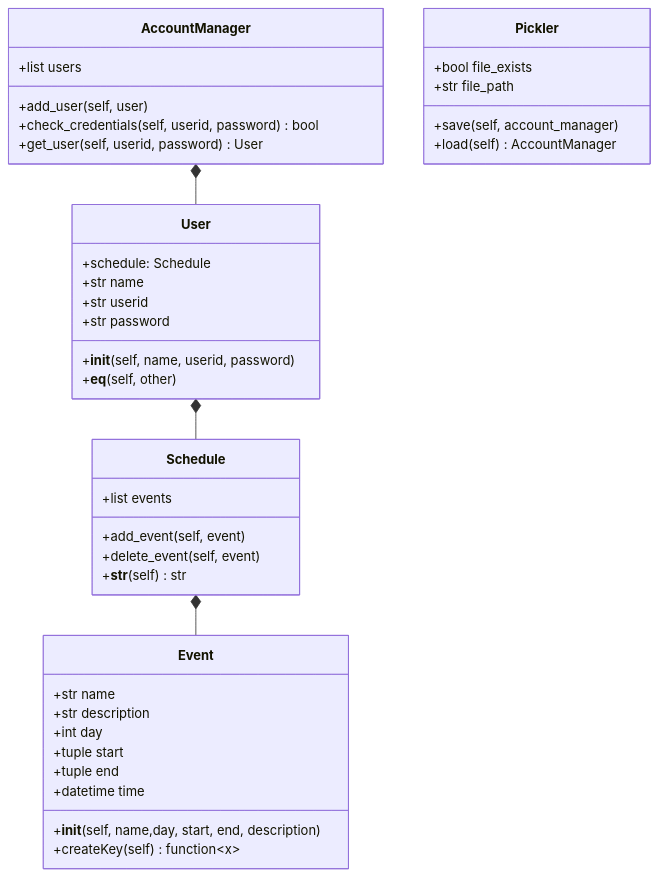
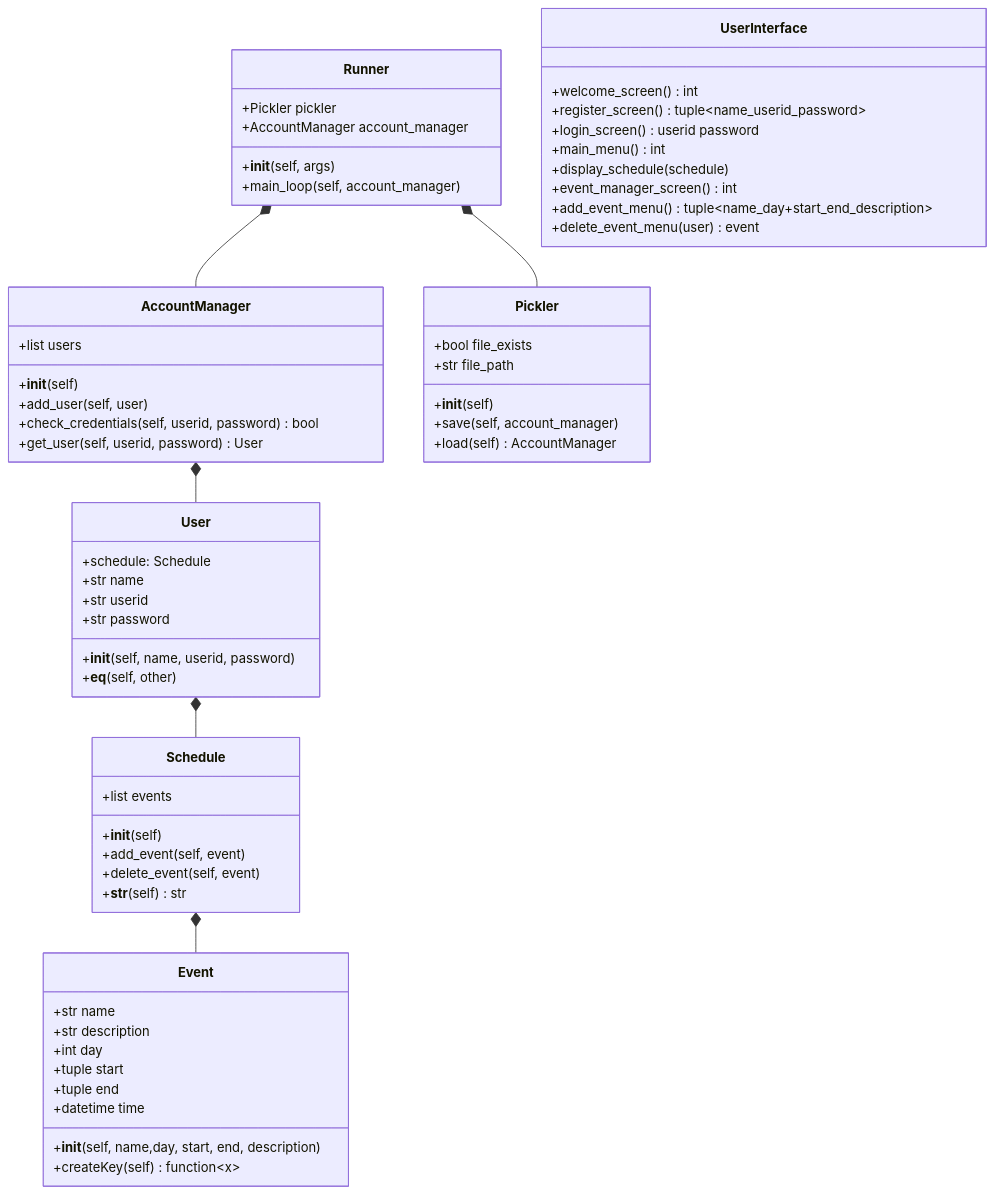
One commit to ShamsAnsari/PalgorithmScheduler changed the diagram in ClassDiagram.md. Above: the diagram before and after it, drawn with Mermaid.

````diff
--- a/ClassDiagram.md
+++ b/ClassDiagram.md
@@ -2,47 +2,74 @@
 ```mermaid
 classDiagram
     AccountManager *-- User
     User *-- Schedule
     Schedule *-- Event
+    Runner *-- AccountManager
+    Runner *-- Pickler
 
     class Pickler{
         +bool file_exists
         +str file_path
+        +__init__(self)
         +save(self, account_manager)
         +load(self) AccountManager
     }
 
     class AccountManager{
         +list users
+        +__init__(self)
         +add_user(self, user)
         +check_credentials(self, userid, password) bool
         +get_user(self, userid, password) User
     }
 
     class User{
         +schedule: Schedule
         +str name
         +str userid
         +str password
         +__init__(self, name, userid, password)
         +__eq__(self, other)
     }
 
     class Schedule{
         +list events
+        +__init__(self)
         +add_event(self, event)
         +delete_event(self, event)
         +__str__(self) str
     }
 
     class Event{
         +str name
         +str description
         +int day
         +tuple<int, int> start
         +tuple<int, int> end
         +datetime time
         +__init__(self, name,day, start, end, description)
         +createKey(self) function~x~
     }
+
+    class UserInterface{
+
+        +welcome_screen() int
+        +register_screen() tuple~name_userid_password~
+        +login_screen() userid password
+        +main_menu() int
+        +display_schedule(schedule)
+        +event_manager_screen() int
+        +add_event_menu() tuple~name_day+start_end_description~
+        +delete_event_menu(user) event
+    }
+
+    class Runner{
+        +Pickler pickler
+        +AccountManager account_manager
+        +__init__(self, args)
+        +main_loop(self, account_manager)
+
+    }
+
+    
 ```
````
